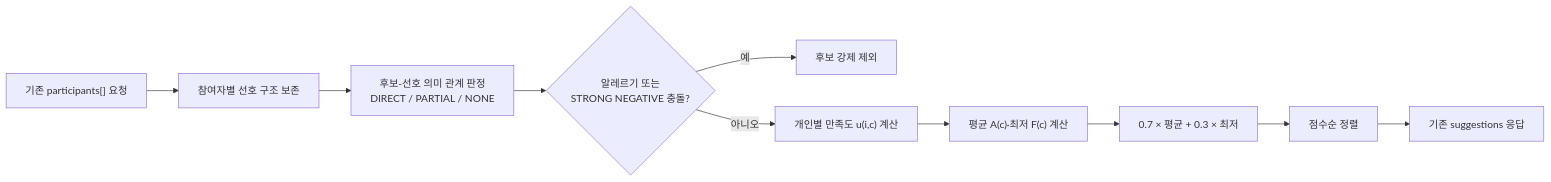
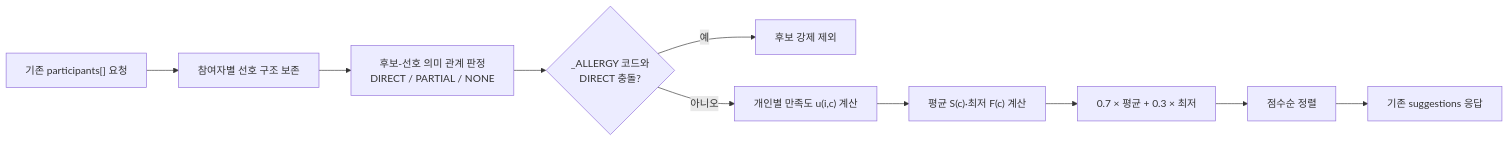
The second of 3 diagrams in docs/presentation-notes.md (damoyeo-team20/damoyeo-AI), drawn with Mermaid before and after one commit. The commit also changed other lines of this file and 13 other files, not shown here.

````diff
--- a/docs/presentation-notes.md
+++ b/docs/presentation-notes.md
@@ -780,12 +764,12 @@
 ```mermaid
 flowchart LR
     A["기존 participants[] 요청"] --> B["참여자별 선호 구조 보존"]
     B --> C["후보-선호 의미 관계 판정<br/>DIRECT / PARTIAL / NONE"]
-    C --> D{"알레르기 또는<br/>STRONG NEGATIVE 충돌?"}
+    C --> D{"_ALLERGY 코드와<br/>DIRECT 충돌?"}
     D -->|예| E["후보 강제 제외"]
     D -->|아니오| F["개인별 만족도 u(i,c) 계산"]
-    F --> G["평균 A(c)·최저 F(c) 계산"]
+    F --> G["평균 S(c)·최저 F(c) 계산"]
     G --> H["0.7 × 평균 + 0.3 × 최저"]
     H --> I["점수순 정렬"]
     I --> J["기존 suggestions 응답"]
 ```
````
